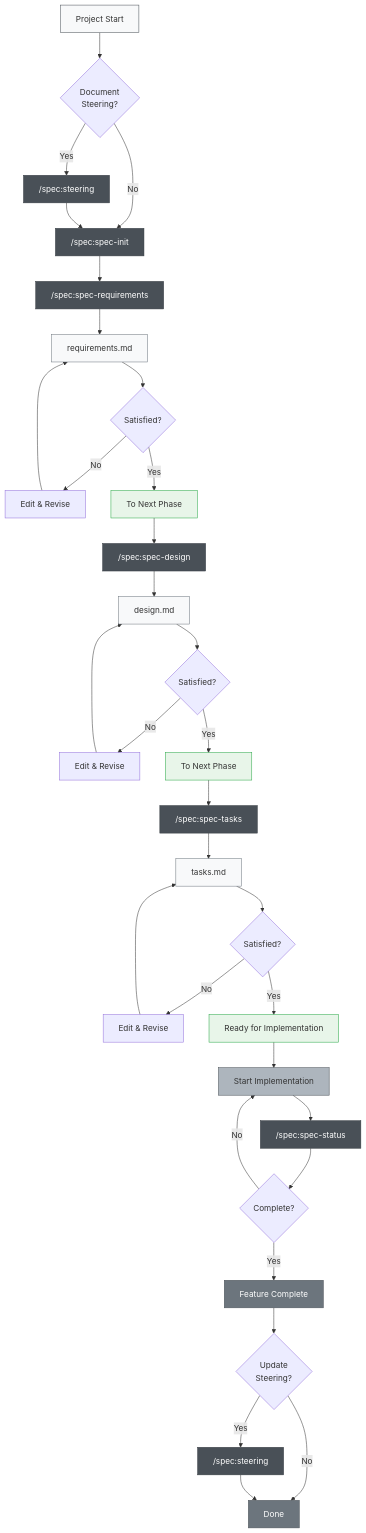
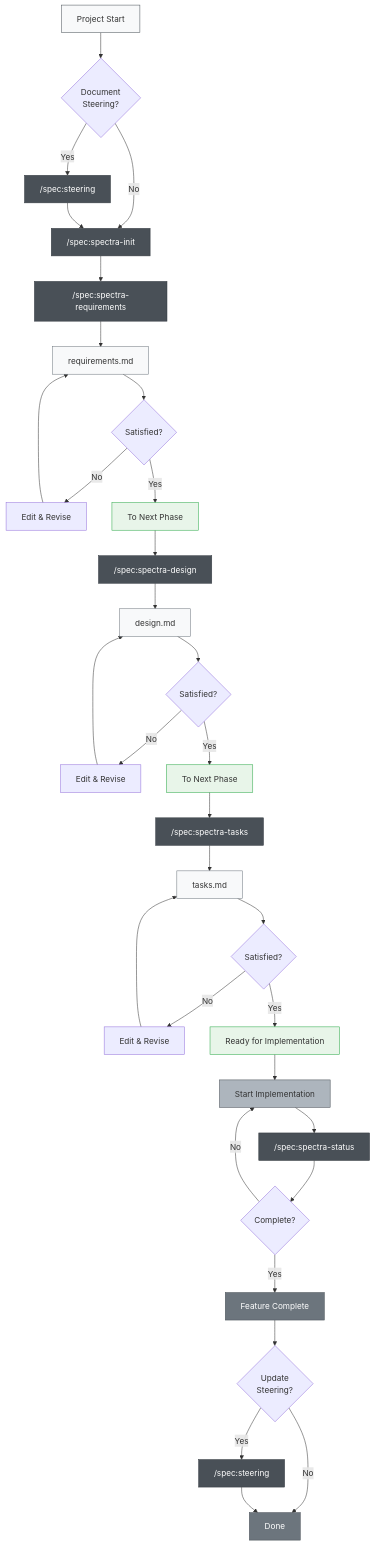
The first of 2 diagrams in docs/README/README_en.md (nekolife1984/spectra), drawn with Mermaid before and after one commit. The commit also changed other lines of this file and 658 other files, not shown here.

First line of the commit message:
Rename spec prefix → spectra

````diff
--- a/docs/README/README_en.md
+++ b/docs/README/README_en.md
@@ -131,58 +131,58 @@
 ```mermaid
 graph TD
     A["Project Start"] --> B{"Document<br/>Steering?"}
     B -->|Yes| C["/spec:steering"]
-    B -->|No| D["/spec:spec-init"]
+    B -->|No| D["/spec:spectra-init"]
     C --> D
     
-    D --> E["/spec:spec-requirements"]
+    D --> E["/spec:spectra-requirements"]
     E --> F["requirements.md"]
     F --> G{"Satisfied?"}
     G -->|No| G1["Edit & Revise"]
     G1 --> F
     G -->|Yes| H["To Next Phase"]
     
-    H --> I["/spec:spec-design"]
+    H --> I["/spec:spectra-design"]
     I --> J["design.md"]
     J --> K{"Satisfied?"}
     K -->|No| K1["Edit & Revise"]
     K1 --> J
     K -->|Yes| L["To Next Phase"]
     
-    L --> M["/spec:spec-tasks"]
+    L --> M["/spec:spectra-tasks"]
     M --> N["tasks.md"]
     N --> O{"Satisfied?"}
     O -->|No| O1["Edit & Revise"]
     O1 --> N
     O -->|Yes| P["Ready for Implementation"]
     
     P --> Q["Start Implementation"]
-    Q --> R["/spec:spec-status"]
+    Q --> R["/spec:spectra-status"]
     R --> S{"Complete?"}
     S -->|No| Q
     S -->|Yes| T["Feature Complete"]
     
     T --> U{"Update<br/>Steering?"}
     U -->|Yes| V["/spec:steering"]
     U -->|No| W["Done"]
     V --> W
     
     %% Style definitions
     style A fill:#f8f9fa,stroke:#495057
     style C fill:#495057,stroke:#343a40,color:#ffffff
     style D fill:#495057,stroke:#343a40,color:#ffffff
     style E fill:#495057,stroke:#343a40,color:#ffffff
     style I fill:#495057,stroke:#343a40,color:#ffffff
     style M fill:#495057,stroke:#343a40,color:#ffffff
     style R fill:#495057,stroke:#343a40,color:#ffffff
     style V fill:#495057,stroke:#343a40,color:#ffffff
     style F fill:#f8f9fa,stroke:#6c757d
     style J fill:#f8f9fa,stroke:#6c757d
     style N fill:#f8f9fa,stroke:#6c757d
     style H fill:#e8f5e9,stroke:#28a745
     style L fill:#e8f5e9,stroke:#28a745
     style P fill:#e8f5e9,stroke:#28a745
     style Q fill:#adb5bd,stroke:#495057
     style T fill:#6c757d,stroke:#495057,color:#ffffff
     style W fill:#6c757d,stroke:#495057,color:#ffffff
 ```
````
